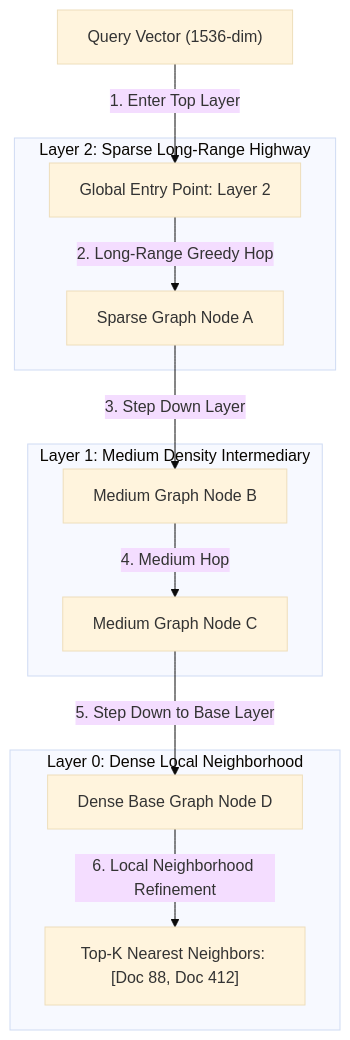
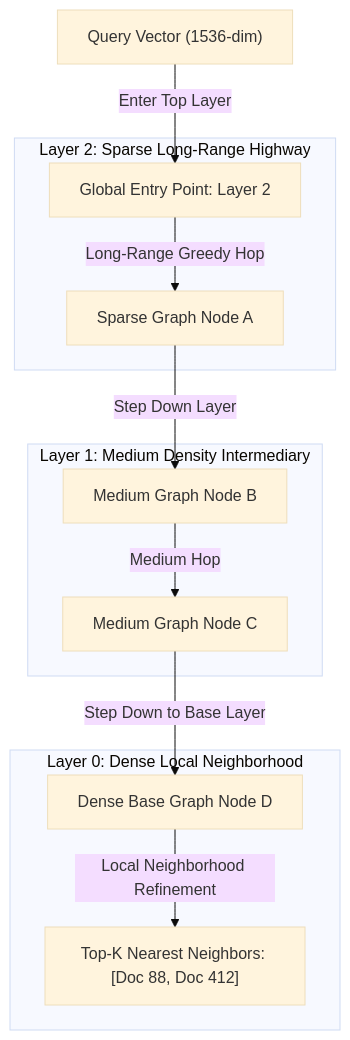
The diagram in blog/posts/hnsw-graphs-hierarchical-navigable-small-world-vector-search.md (akmalkhaniub/akmalkhaniub.github.io), drawn with Mermaid (base theme) before and after one commit. The commit also changed 411 other files, not shown here.

````diff
--- a/blog/posts/hnsw-graphs-hierarchical-navigable-small-world-vector-search.md
+++ b/blog/posts/hnsw-graphs-hierarchical-navigable-small-world-vector-search.md
@@ -19,18 +19,18 @@
 ```mermaid
-graph TD
-  Query["Query Vector (1536-dim)"] -->|1. Enter Top Layer| Entry[Global Entry Point: Layer 2]
+flowchart TD
+  Query["Query Vector (1536-dim)"] -->|Enter Top Layer| Entry[Global Entry Point: Layer 2]
   
   subgraph SG1_Layer2Sparse ["Layer 2: Sparse Long-Range Highway"]
-    Entry -->|2. Long-Range Greedy Hop| NodeA[Sparse Graph Node A]
+    Entry -->|Long-Range Greedy Hop| NodeA[Sparse Graph Node A]
   end
   
   subgraph SG2_Layer1Medium ["Layer 1: Medium Density Intermediary"]
-    NodeA -->|3. Step Down Layer| NodeB[Medium Graph Node B]
-    NodeB -->|4. Medium Hop| NodeC[Medium Graph Node C]
+    NodeA -->|Step Down Layer| NodeB[Medium Graph Node B]
+    NodeB -->|Medium Hop| NodeC[Medium Graph Node C]
   end
   
   subgraph SG3_Layer0Dense ["Layer 0: Dense Local Neighborhood"]
-    NodeC -->|5. Step Down to Base Layer| NodeD[Dense Base Graph Node D]
-    NodeD -->|6. Local Neighborhood Refinement| TopK["Top-K Nearest Neighbors: [Doc 88, Doc 412]"]
+    NodeC -->|Step Down to Base Layer| NodeD[Dense Base Graph Node D]
+    NodeD -->|Local Neighborhood Refinement| TopK["Top-K Nearest Neighbors: [Doc 88, Doc 412]"]
   end
 ```
````
